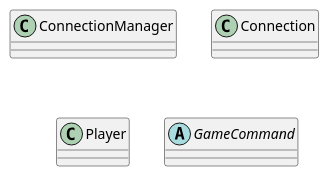
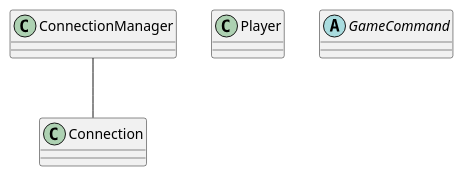
One commit to vehsamrak/telegramud changed the diagram in documentation/architecture.puml. Above: the diagram before and after it, drawn with PlantUML.

Commit message:
Architecture scheme draft

```diff
--- a/documentation/architecture.puml
+++ b/documentation/architecture.puml
@@ -1,15 +1,17 @@
 @startuml
 
 class ConnectionManager {
 }
 
 class Connection {
 }
 
+ConnectionManager -- Connection
+
 class Player {
 }
 
 abstract class GameCommand {
 }
 
 @enduml
```
